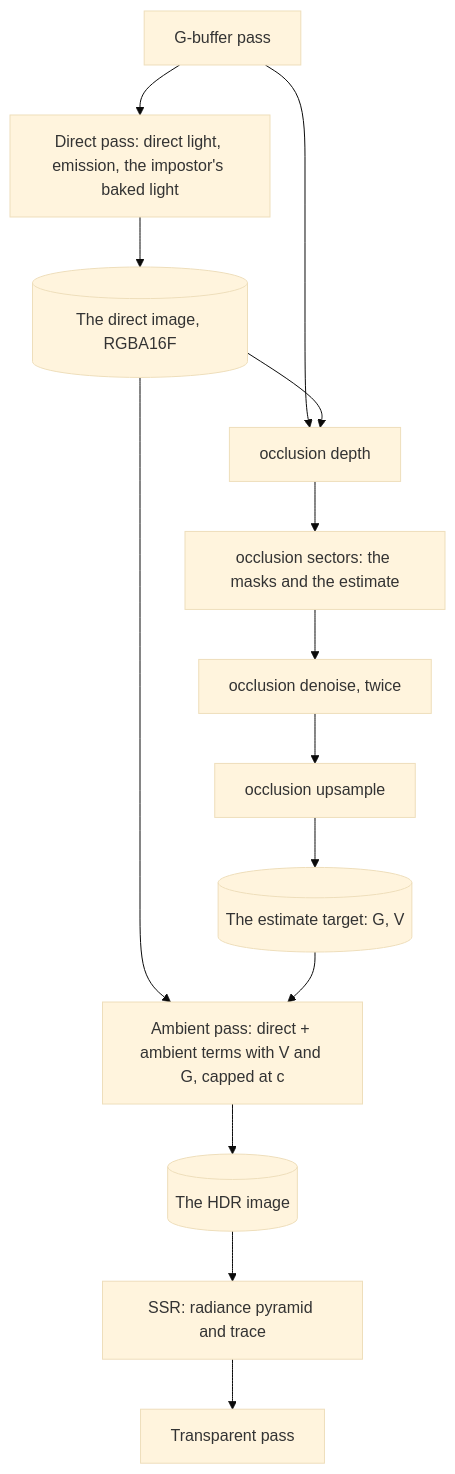
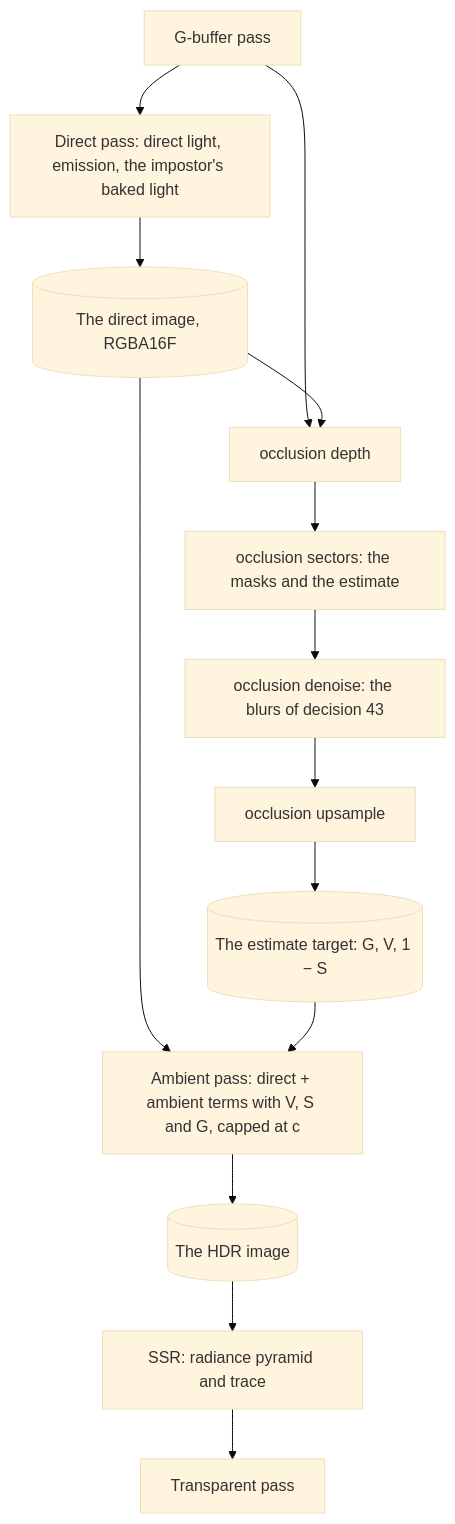
The second of 4 diagrams in docs/plans/screen-space-illumination.md (alexispurslane/tertius), drawn with Mermaid (base theme) before and after one commit. The commit also changed other lines of this file and 4 other files, not shown here.

````diff
--- a/docs/plans/screen-space-illumination.md
+++ b/docs/plans/screen-space-illumination.md
@@ -593,16 +604,16 @@
 ```mermaid
 flowchart TD
     GB["G-buffer pass"] --> DP["Direct pass: direct light, emission, the impostor's baked light"]
     DP --> DI[("The direct image, RGBA16F")]
     GB --> OD["occlusion depth"]
     DI --> OD
     OD --> OS["occlusion sectors: the masks and the estimate"]
-    OS --> DN["occlusion denoise, twice"]
+    OS --> DN["occlusion denoise: the blurs of decision 43"]
     DN --> UP["occlusion upsample"]
-    UP --> ET[("The estimate target: G, V")]
-    DI --> AP["Ambient pass: direct + ambient terms with V and G, capped at c"]
+    UP --> ET[("The estimate target: G, V, 1 − S")]
+    DI --> AP["Ambient pass: direct + ambient terms with V, S and G, capped at c"]
     ET --> AP
     AP --> HDR[("The HDR image")]
     HDR --> RF["SSR: radiance pyramid and trace"]
     RF --> TR["Transparent pass"]
 ```
````
